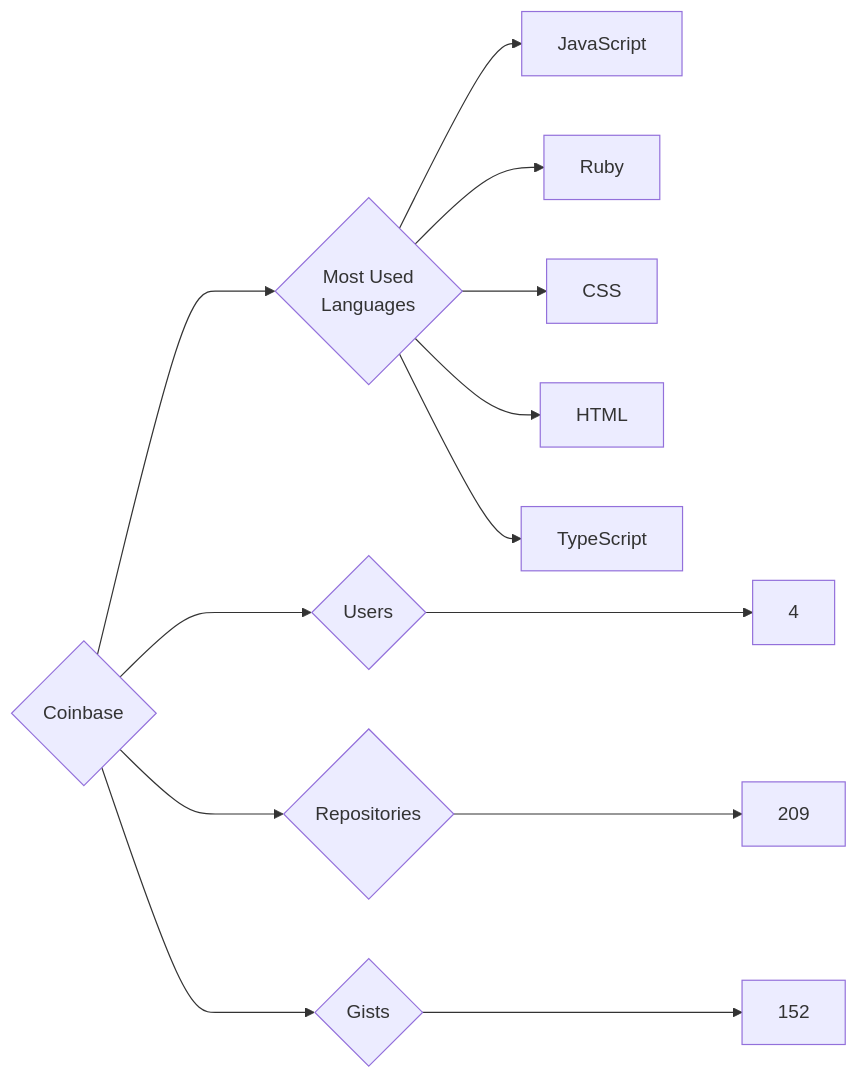
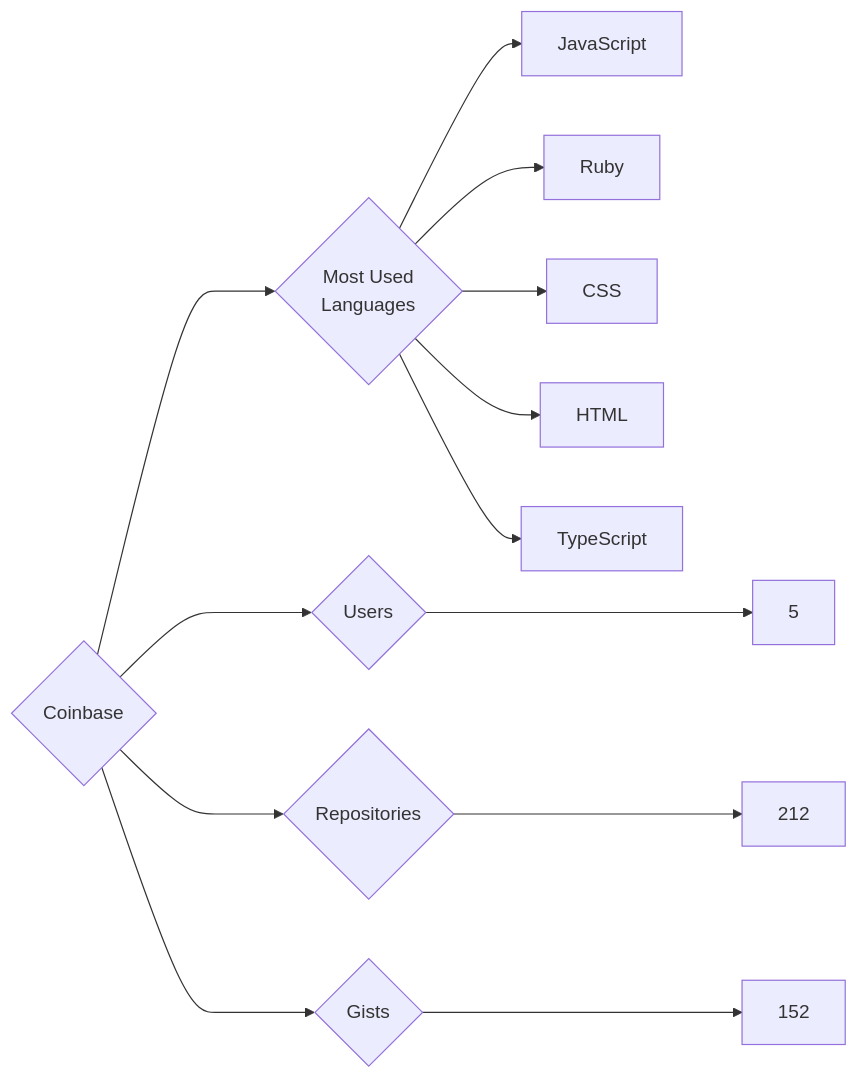
The diagram in targets/Coinbase/README.md (trickest/insiders), drawn with Mermaid before and after one commit. The commit also changed 611 other files, not shown here.

````diff
--- a/targets/Coinbase/README.md
+++ b/targets/Coinbase/README.md
@@ -3,13 +3,13 @@
 ```mermaid
 graph LR
 COMPANY_NAME{Coinbase}
-COMPANY_NAME ---> U{Users} ---> UN[4]
-COMPANY_NAME ---> R{Repositories} ---> RN[209]
+COMPANY_NAME ---> U{Users} ---> UN[5]
+COMPANY_NAME ---> R{Repositories} ---> RN[212]
 COMPANY_NAME ---> G{Gists} ---> GN[152]
 COMPANY_NAME ---> ML{Most Used<br>Languages}
 ML --> JavaScript[JavaScript]
 ML --> Ruby[Ruby]
 ML --> CSS[CSS]
 ML --> HTML[HTML]
 ML --> TypeScript[TypeScript]
 ```
````
